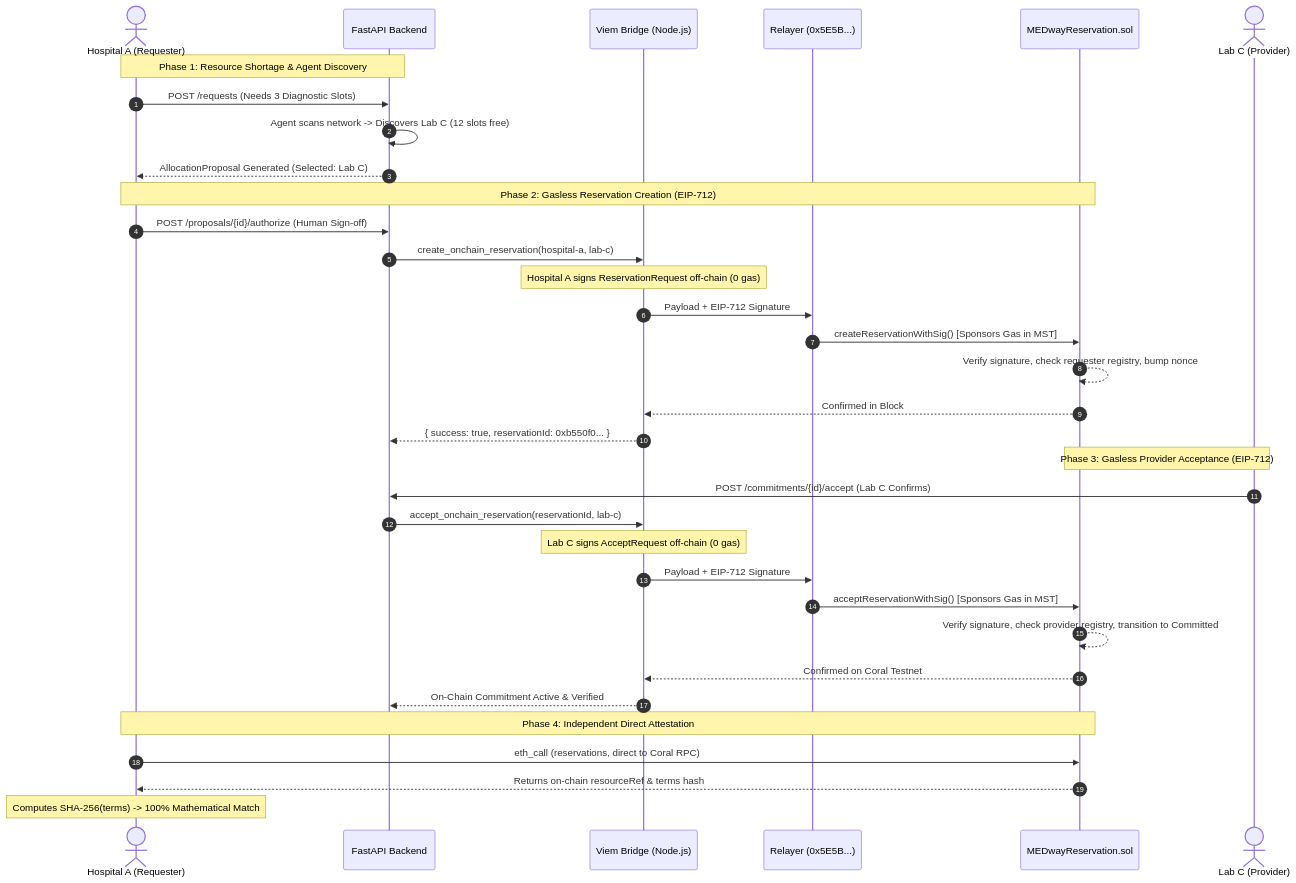
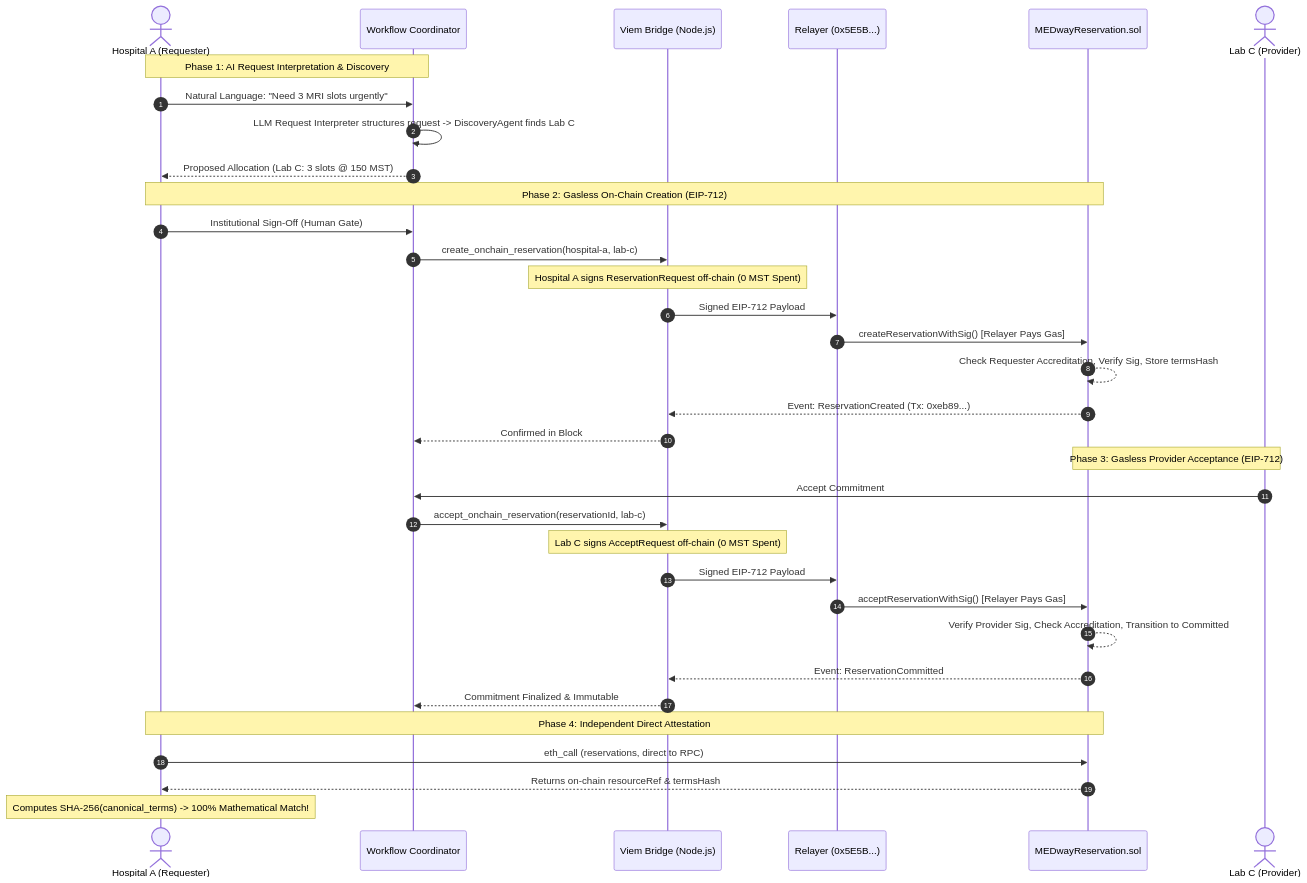
Before and after one commit to omkar0075/blockchain: the second of 3 diagrams in README.md, drawn with Mermaid. The commit also changed other lines of this file, not shown here.

Commit message:
docs: comprehensive update of README.md covering all 31 tasks and full system architecture

````diff
--- a/README.md
+++ b/README.md
@@ -153,40 +310,40 @@
 ```mermaid
 sequenceDiagram
     autonumber
     actor HospA as Hospital A (Requester)
-    participant API as FastAPI Backend
+    participant Coord as Workflow Coordinator
     participant Bridge as Viem Bridge (Node.js)
     participant Relayer as Relayer (0x5E5B...)
     participant Coral as MEDwayReservation.sol
     actor LabC as Lab C (Provider)
 
-    Note over HospA,API: Phase 1: Resource Shortage & Agent Discovery
-    HospA->>API: POST /requests (Needs 3 Diagnostic Slots)
-    API->>API: Agent scans network -> Discovers Lab C (12 slots free)
-    API-->>HospA: AllocationProposal Generated (Selected: Lab C)
+    Note over HospA,Coord: Phase 1: AI Request Interpretation & Discovery
+    HospA->>Coord: Natural Language: "Need 3 MRI slots urgently"
+    Coord->>Coord: LLM Request Interpreter structures request -> DiscoveryAgent finds Lab C
+    Coord-->>HospA: Proposed Allocation (Lab C: 3 slots @ 150 MST)
 
-    Note over HospA,Coral: Phase 2: Gasless Reservation Creation (EIP-712)
-    HospA->>API: POST /proposals/{id}/authorize (Human Sign-off)
-    API->>Bridge: create_onchain_reservation(hospital-a, lab-c)
-    Note over Bridge: Hospital A signs ReservationRequest off-chain (0 gas)
-    Bridge->>Relayer: Payload + EIP-712 Signature
-    Relayer->>Coral: createReservationWithSig() [Sponsors Gas in MST]
-    Coral-->>Coral: Verify signature, check requester registry, bump nonce
-    Coral-->>Bridge: Confirmed in Block #401945+ (Tx: 0x...)
-    Bridge-->>API: { success: true, reservationId: 0xb550f0... }
+    Note over HospA,Coral: Phase 2: Gasless On-Chain Creation (EIP-712)
+    HospA->>Coord: Institutional Sign-Off (Human Gate)
+    Coord->>Bridge: create_onchain_reservation(hospital-a, lab-c)
+    Note over Bridge: Hospital A signs ReservationRequest off-chain (0 MST Spent)
+    Bridge->>Relayer: Signed EIP-712 Payload
+    Relayer->>Coral: createReservationWithSig() [Relayer Pays Gas]
+    Coral-->>Coral: Check Requester Accreditation, Verify Sig, Store termsHash
+    Coral-->>Bridge: Event: ReservationCreated (Tx: 0xeb89...)
+    Bridge-->>Coord: Confirmed in Block #405589+
 
     Note over LabC,Coral: Phase 3: Gasless Provider Acceptance (EIP-712)
-    LabC->>API: POST /commitments/{id}/accept (Lab C Confirms)
-    API->>Bridge: accept_onchain_reservation(reservationId, lab-c)
-    Note over Bridge: Lab C signs AcceptRequest off-chain (0 gas)
-    Bridge->>Relayer: Payload + EIP-712 Signature
-    Relayer->>Coral: acceptReservationWithSig() [Sponsors Gas in MST]
-    Coral-->>Coral: Verify signature, check provider registry, transition to Committed
-    Coral-->>Bridge: Confirmed on Coral Testnet
-    Bridge-->>API: On-Chain Commitment Active & Verified
+    LabC->>Coord: Accept Commitment
+    Coord->>Bridge: accept_onchain_reservation(reservationId, lab-c)
+    Note over Bridge: Lab C signs AcceptRequest off-chain (0 MST Spent)
+    Bridge->>Relayer: Signed EIP-712 Payload
+    Relayer->>Coral: acceptReservationWithSig() [Relayer Pays Gas]
+    Coral-->>Coral: Verify Provider Sig, Check Accreditation, Transition to Committed
+    Coral-->>Bridge: Event: ReservationCommitted
+    Bridge-->>Coord: Commitment Finalized & Immutable
 
     Note over HospA,Coral: Phase 4: Independent Direct Attestation
-    HospA->>Coral: eth_call (reservations, direct to Coral RPC)
-    Coral-->>HospA: Returns on-chain resourceRef & terms hash
-    Note over HospA: Computes SHA-256(terms) -> 100% Mathematical Match
+    HospA->>Coral: eth_call (reservations, direct to RPC)
+    Coral-->>HospA: Returns on-chain resourceRef & termsHash
+    Note over HospA: Computes SHA-256(canonical_terms) -> 100% Mathematical Match!
 ```
````
